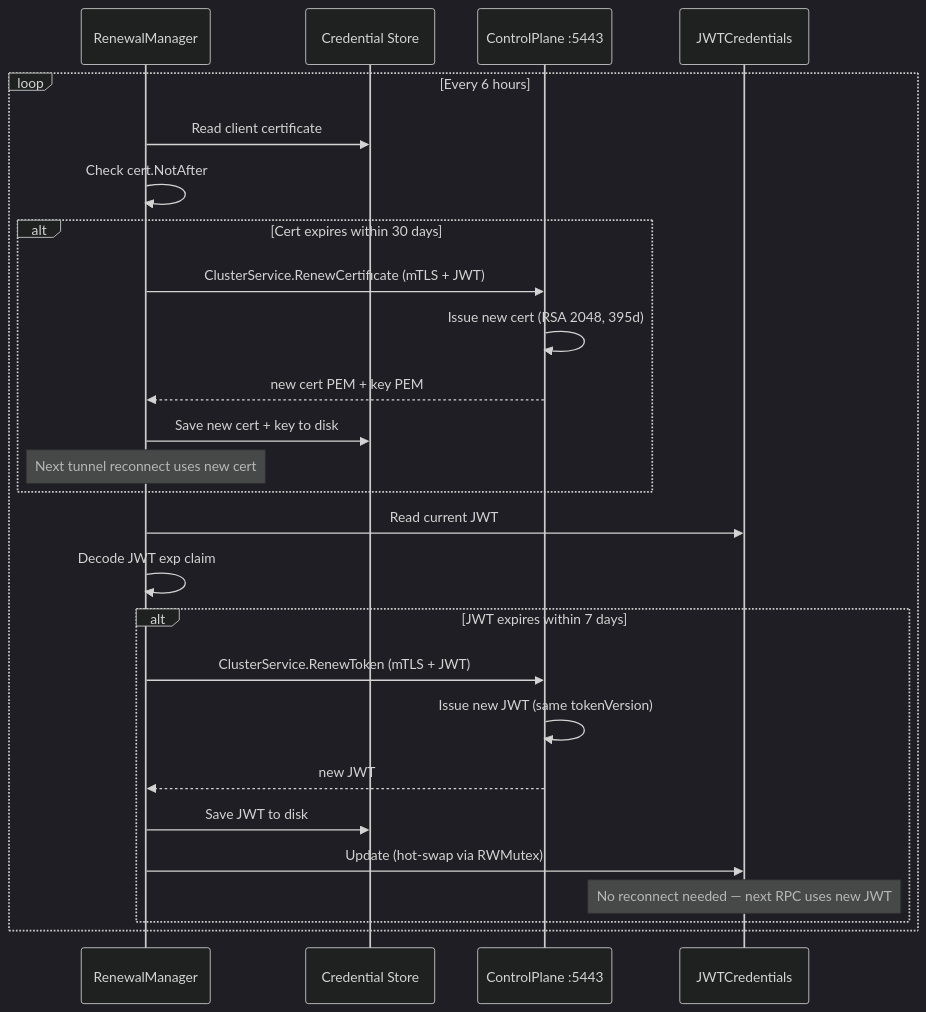
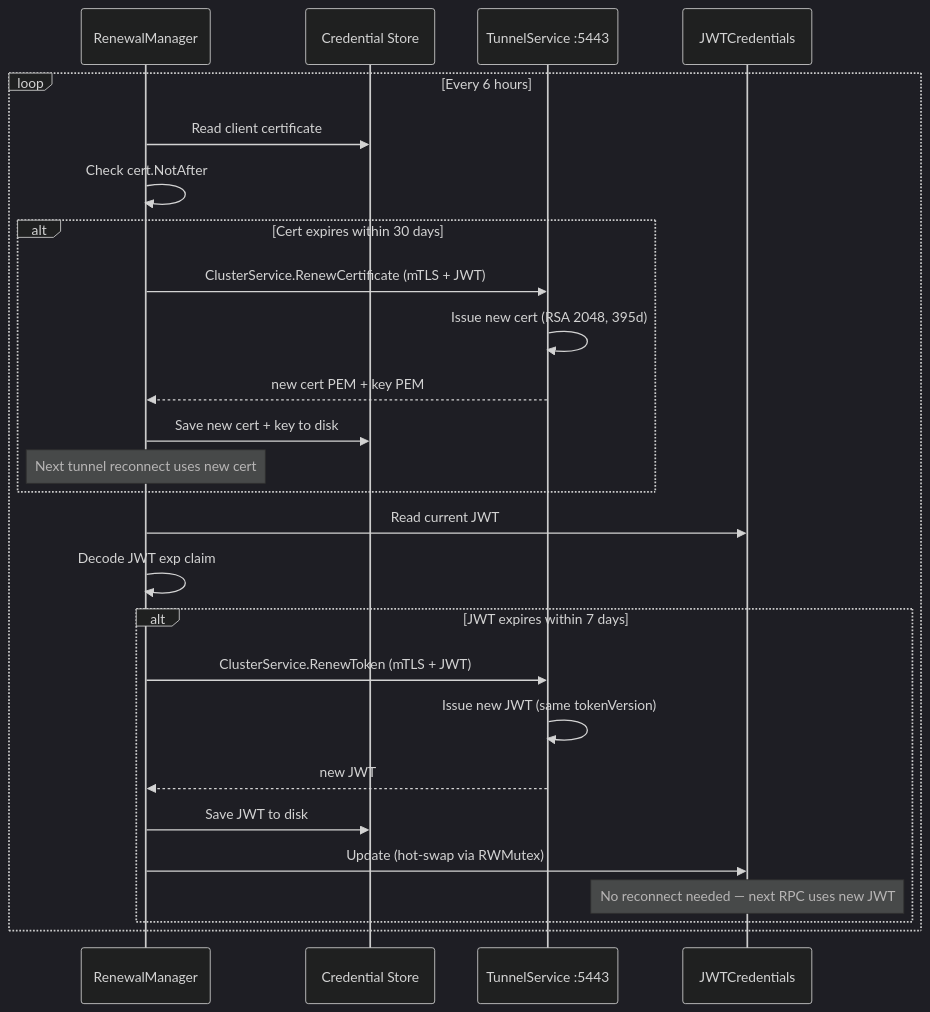
Before and after one commit to Clustral/clustral: the ninth of 19 diagrams in README.md, drawn with Mermaid (dark theme). The commit also changed other lines of this file and 10 other files, not shown here.

First line of the commit message:
docs: update all diagrams + docs for TunnelService split (#4)

````diff
--- a/README.md
+++ b/README.md
@@ -439,32 +467,32 @@
 ```mermaid
 sequenceDiagram
     participant RM as RenewalManager
     participant Store as Credential Store
-    participant CP as ControlPlane :5443
+    participant TS as TunnelService :5443
     participant JWT as JWTCredentials
 
     loop Every 6 hours
         RM->>Store: Read client certificate
         RM->>RM: Check cert.NotAfter
 
         alt Cert expires within 30 days
-            RM->>CP: ClusterService.RenewCertificate (mTLS + JWT)
-            CP->>CP: Issue new cert (RSA 2048, 395d)
-            CP-->>RM: new cert PEM + key PEM
+            RM->>TS: ClusterService.RenewCertificate (mTLS + JWT)
+            TS->>TS: Issue new cert (RSA 2048, 395d)
+            TS-->>RM: new cert PEM + key PEM
             RM->>Store: Save new cert + key to disk
             Note over RM: Next tunnel reconnect uses new cert
         end
 
         RM->>JWT: Read current JWT
         RM->>RM: Decode JWT exp claim
 
         alt JWT expires within 7 days
-            RM->>CP: ClusterService.RenewToken (mTLS + JWT)
-            CP->>CP: Issue new JWT (same tokenVersion)
-            CP-->>RM: new JWT
+            RM->>TS: ClusterService.RenewToken (mTLS + JWT)
+            TS->>TS: Issue new JWT (same tokenVersion)
+            TS-->>RM: new JWT
             RM->>Store: Save JWT to disk
             RM->>JWT: Update (hot-swap via RWMutex)
             Note over JWT: No reconnect needed — next RPC uses new JWT
         end
     end
 ```
````
